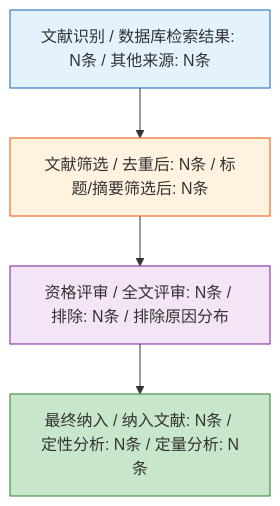
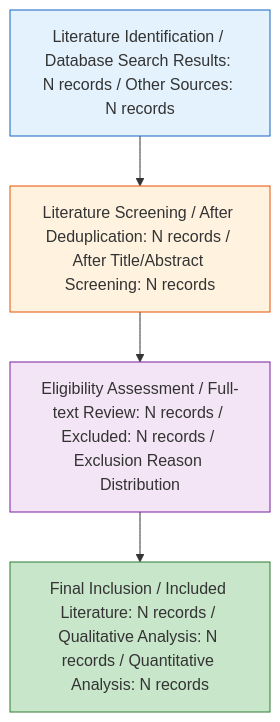
One commit to Kirky-X/cangjie changed the first of 11 diagrams in templates/【模板】论文研究报告.md. Above: the diagram before and after it, drawn with Mermaid. The commit also changed other lines of this file and 12 other files, not shown here.

````diff
--- a/templates/【模板】论文研究报告.md
+++ b/templates/【模板】论文研究报告.md
@@ -86,14 +86,14 @@
 ```mermaid
 graph TB
-    identification[文献识别 / 数据库检索结果: N条 / 其他来源: N条]
-    screening[文献筛选 / 去重后: N条 / 标题/摘要筛选后: N条]
-    eligibility[资格评审 / 全文评审: N条 / 排除: N条 / 排除原因分布]
-    included[最终纳入 / 纳入文献: N条 / 定性分析: N条 / 定量分析: N条]
+    identification[Literature Identification / Database Search Results: N records / Other Sources: N records]
+    screening[Literature Screening / After Deduplication: N records / After Title/Abstract Screening: N records]
+    eligibility[Eligibility Assessment / Full-text Review: N records / Excluded: N records / Exclusion Reason Distribution]
+    included[Final Inclusion / Included Literature: N records / Qualitative Analysis: N records / Quantitative Analysis: N records]
 
     identification --> screening --> eligibility --> included
 
     style identification fill:#e3f2fd,stroke:#1565c0
     style screening fill:#fff3e0,stroke:#e65100
     style eligibility fill:#f3e5f5,stroke:#7b1fa2
     style included fill:#c8e6c9,stroke:#2e7d32
 ```
````
